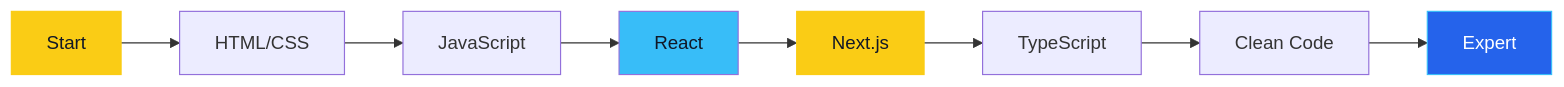
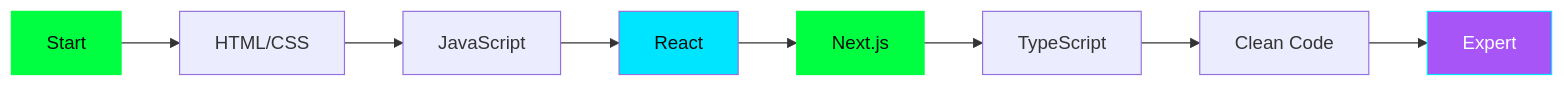
The second of 2 diagrams in README.md (ArmanGhM/ArmanGhM), drawn with Mermaid before and after one commit. The commit also changed other lines of this file, not shown here.

````diff
--- a/README.md
+++ b/README.md
@@ -388,14 +324,14 @@
 ```mermaid
 graph LR
     A[Start] --> B[HTML/CSS]
     B --> C[JavaScript]
     C --> D[React]
     D --> E[Next.js]
     E --> F[TypeScript]
     F --> G[Clean Code]
     G --> H[Expert]
-    style A fill:#FACC15,color:#111827,stroke:#FACC15
-    style H fill:#2563EB,color:#fff,stroke:#38BDF8
-    style D fill:#38BDF8,color:#111827
-    style E fill:#FACC15,color:#111827,stroke:#FACC15
+    style A fill:#00ff41,color:#0a0e0a,stroke:#00ff41
+    style H fill:#a855f7,color:#fff,stroke:#00e5ff
+    style D fill:#00e5ff,color:#0a0e0a
+    style E fill:#00ff41,color:#0a0e0a,stroke:#00ff41
 ```
````
